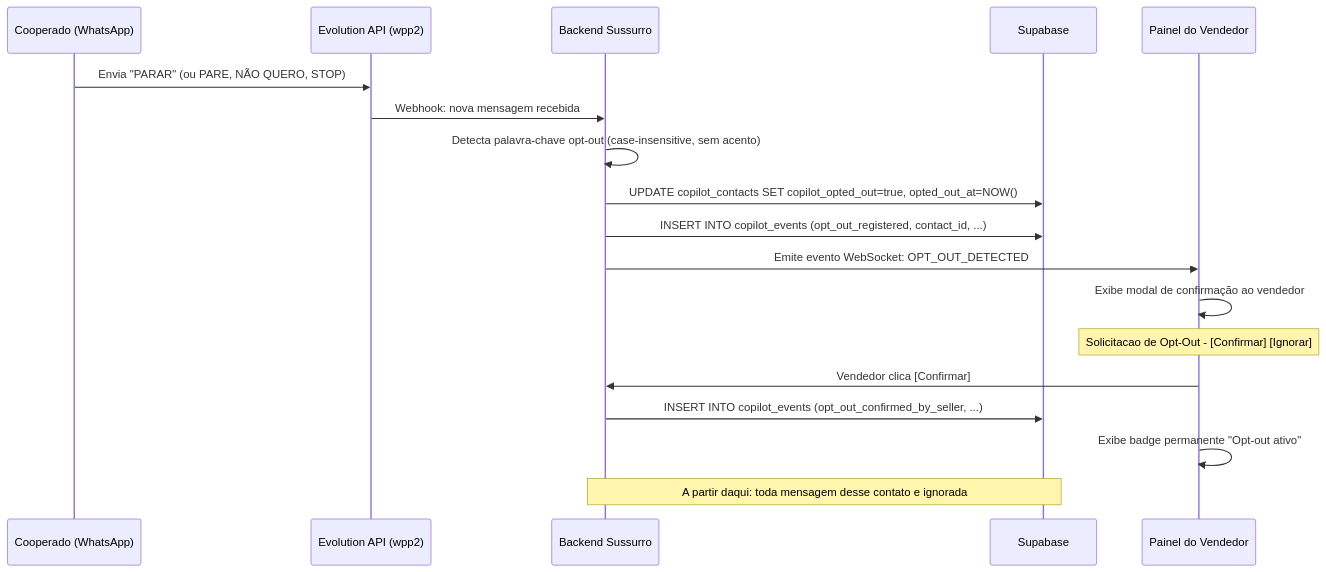
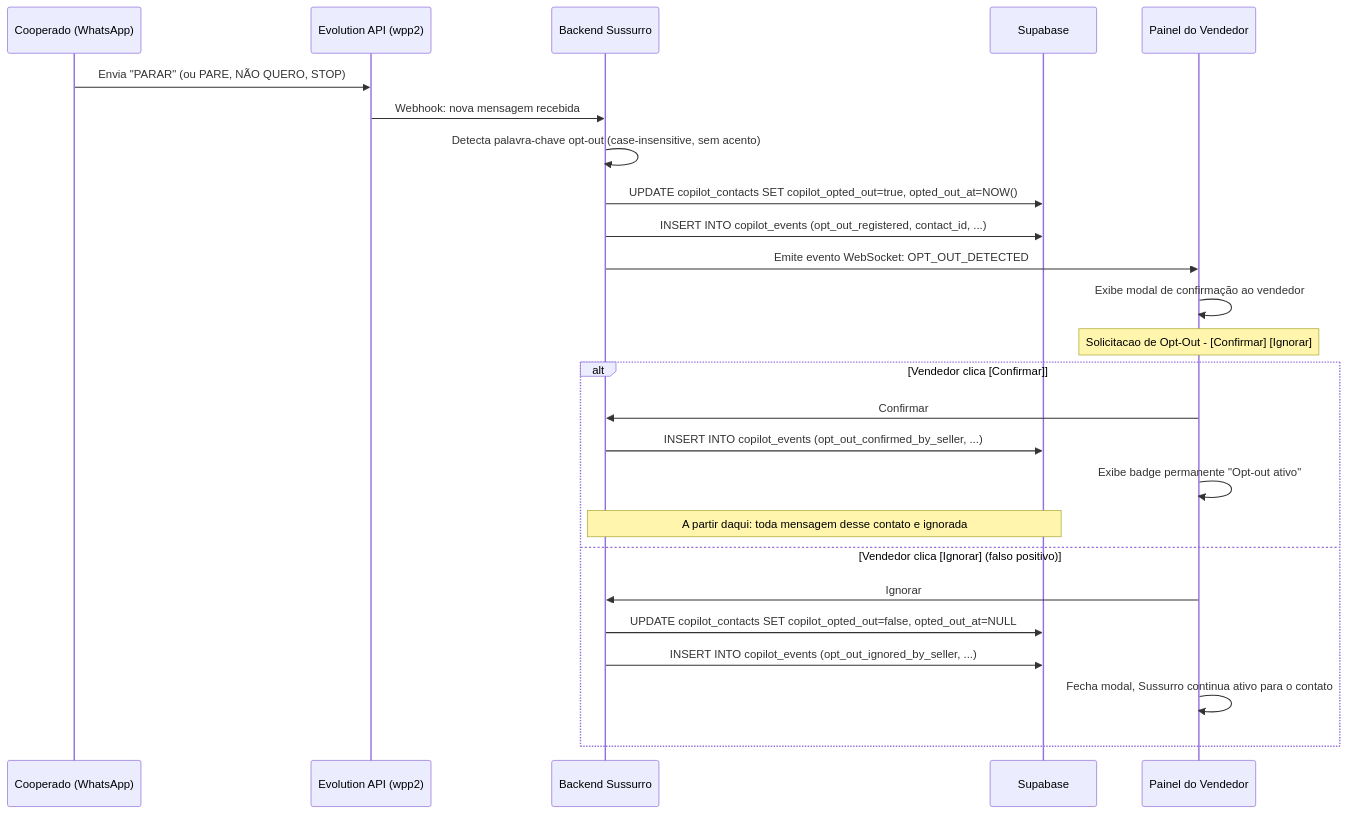
One commit to adm01-debug/Brindes_Sicoob_V2 changed the diagram in docs/plano-implementacao/plano-copiloto-vendas-sussurro-150-etapas-20261016/compliance/e027-fluxo-optout.md. Above: the diagram before and after it, drawn with Mermaid. The commit also changed other lines of this file and 1 other file, not shown here.

Commit message:
fix: corrige regex de telefone, pseudonimizador e reversão de opt-out
- e029: regex de telefone usava \b antes de "+", que nunca casa — formato
  compacto +5511912345678 passava intacto para o LLM. Troca por lookbehind
  negativo.
- e029: pseudonimizador sem \b trocava "Ana" dentro de "semana"; nome vazio
  gerava regex vazia (placeholder entre cada caractere). Adiciona nameRegex()
  com guarda de nome vazio e word boundary.
- e027: diagramas não tinham caminho de reversão para o clique em [Ignorar]
  — um falso positivo deixava copilot_opted_out=true permanentemente. Adiciona
  ramo que reverte o campo e registra evento opt_out_ignored.

````diff
--- a/docs/plano-implementacao/plano-copiloto-vendas-sussurro-150-etapas-20261016/compliance/e027-fluxo-optout.md
+++ b/docs/plano-implementacao/plano-copiloto-vendas-sussurro-150-etapas-20261016/compliance/e027-fluxo-optout.md
@@ -11,21 +11,28 @@
 ```mermaid
 sequenceDiagram
     participant C as Cooperado (WhatsApp)
     participant W as Evolution API (wpp2)
     participant B as Backend Sussurro
     participant DB as Supabase
     participant P as Painel do Vendedor
 
     C->>W: Envia "PARAR" (ou PARE, NÃO QUERO, STOP)
     W->>B: Webhook: nova mensagem recebida
     B->>B: Detecta palavra-chave opt-out (case-insensitive, sem acento)
     B->>DB: UPDATE copilot_contacts SET copilot_opted_out=true, opted_out_at=NOW()
     B->>DB: INSERT INTO copilot_events (opt_out_registered, contact_id, ...)
     B->>P: Emite evento WebSocket: OPT_OUT_DETECTED
     P->>P: Exibe modal de confirmação ao vendedor
     Note over P: Solicitacao de Opt-Out - [Confirmar] [Ignorar]
-    P->>B: Vendedor clica [Confirmar]
-    B->>DB: INSERT INTO copilot_events (opt_out_confirmed_by_seller, ...)
-    P->>P: Exibe badge permanente "Opt-out ativo"
-    Note over B,DB: A partir daqui: toda mensagem desse contato e ignorada
+    alt Vendedor clica [Confirmar]
+        P->>B: Confirmar
+        B->>DB: INSERT INTO copilot_events (opt_out_confirmed_by_seller, ...)
+        P->>P: Exibe badge permanente "Opt-out ativo"
+        Note over B,DB: A partir daqui: toda mensagem desse contato e ignorada
+    else Vendedor clica [Ignorar] (falso positivo)
+        P->>B: Ignorar
+        B->>DB: UPDATE copilot_contacts SET copilot_opted_out=false, opted_out_at=NULL
+        B->>DB: INSERT INTO copilot_events (opt_out_ignored_by_seller, ...)
+        P->>P: Fecha modal, Sussurro continua ativo para o contato
+    end
 ```
````
